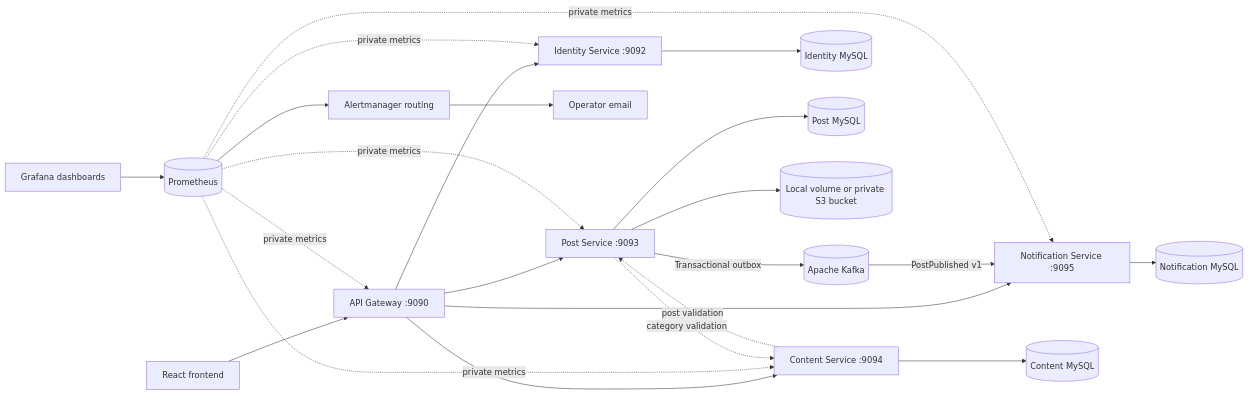
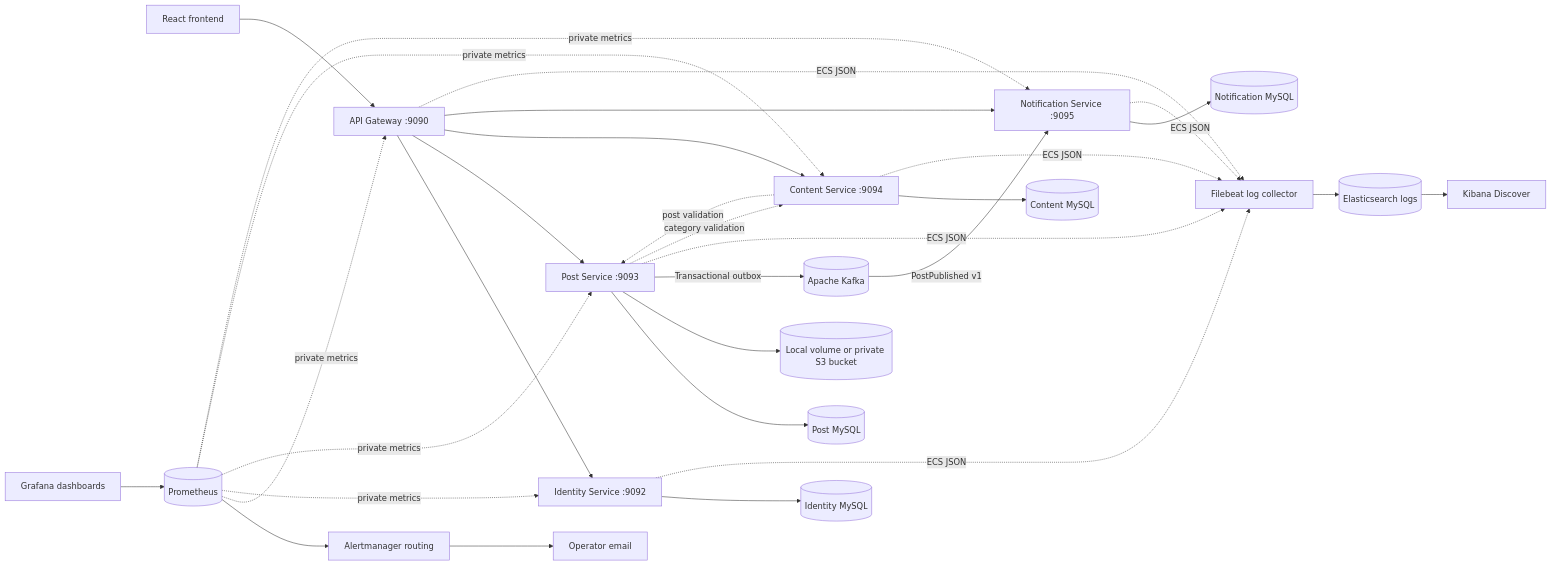
The diagram in README.md (studywithdanish/microservices-backend), drawn with Mermaid before and after one commit. The commit also changed other lines of this file and 21 other files, not shown here.

Commit message:
Add centralized logging with Elasticsearch and Kibana

````diff
--- a/README.md
+++ b/README.md
@@ -13,25 +13,32 @@
 ```mermaid
 flowchart LR
     Frontend[React frontend] --> Gateway[API Gateway :9090]
     Gateway --> Identity[Identity Service :9092]
     Gateway --> Post[Post Service :9093]
     Gateway --> Content[Content Service :9094]
     Gateway --> Notification[Notification Service :9095]
     Identity --> IdentityDb[(Identity MySQL)]
     Post --> PostDb[(Post MySQL)]
     Post --> Images[(Local volume or private S3 bucket)]
     Content --> ContentDb[(Content MySQL)]
     Post -->|Transactional outbox| Kafka[(Apache Kafka)]
     Kafka -->|PostPublished v1| Notification
     Notification --> NotificationDb[(Notification MySQL)]
     Grafana[Grafana dashboards] --> Prometheus[(Prometheus)]
     Prometheus --> Alertmanager[Alertmanager routing]
     Alertmanager --> Operator[Operator email]
+    Filebeat[Filebeat log collector] --> Elasticsearch[(Elasticsearch logs)]
+    Elasticsearch --> Kibana[Kibana Discover]
+    Gateway -. ECS JSON .-> Filebeat
+    Identity -. ECS JSON .-> Filebeat
+    Post -. ECS JSON .-> Filebeat
+    Content -. ECS JSON .-> Filebeat
+    Notification -. ECS JSON .-> Filebeat
     Prometheus -. private metrics .-> Gateway
     Prometheus -. private metrics .-> Identity
     Prometheus -. private metrics .-> Post
     Prometheus -. private metrics .-> Content
     Prometheus -. private metrics .-> Notification
     Post -. category validation .-> Content
     Content -. post validation .-> Post
 ```
````
